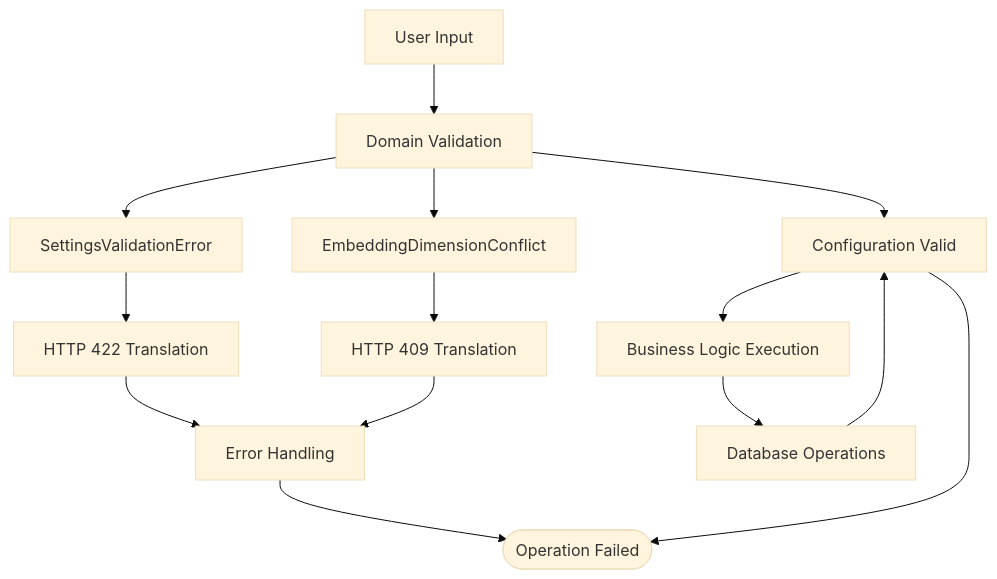
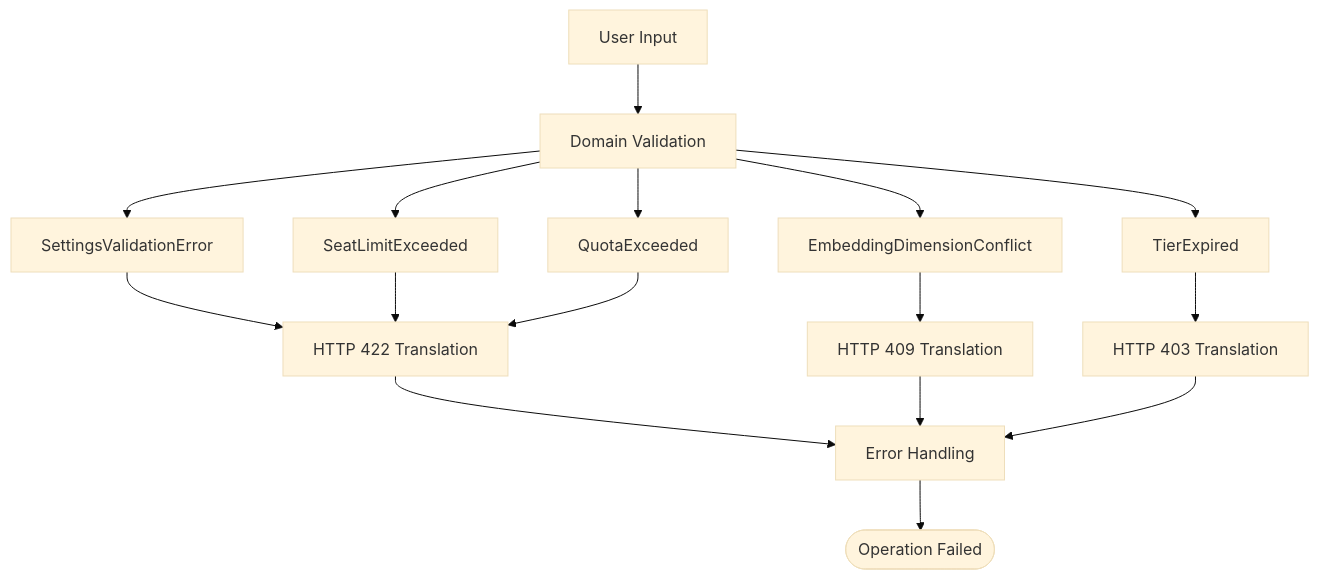
One commit to genes8/private-ai changed the ninth of 10 diagrams in .qoder/repowiki/en/content/Backend Development/Settings Management System.md. Above: the diagram before and after it, drawn with Mermaid (base theme). The commit also changed other lines of this file and 101 other files, not shown here.

````diff
--- a/.qoder/repowiki/en/content/Backend Development/Settings Management System.md
+++ b/.qoder/repowiki/en/content/Backend Development/Settings Management System.md
@@ -394,16 +493,18 @@
 ```mermaid
 flowchart TD
 Input[User Input] --> DomainValidation[Domain Validation]
 DomainValidation --> ValidationError[SettingsValidationError]
 DomainValidation --> DimensionConflict[EmbeddingDimensionConflict]
-DomainValidation --> Success[Configuration Valid]
+DomainValidation --> SeatExceeded[SeatLimitExceeded]
+DomainValidation --> QuotaExceeded[QuotaExceeded]
+DomainValidation --> TierExpired[TierExpired]
 ValidationError --> HTTP422[HTTP 422 Translation]
 DimensionConflict --> HTTP409[HTTP 409 Translation]
-Success --> BusinessLogic[Business Logic Execution]
+SeatExceeded --> HTTP422[HTTP 422 Translation]
+QuotaExceeded --> HTTP422[HTTP 422 Translation]
+TierExpired --> HTTP403[HTTP 403 Translation]
 HTTP422 --> ErrorHandling[Error Handling]
 HTTP409 --> ErrorHandling
-BusinessLogic --> DatabaseOps[Database Operations]
-DatabaseOps --> Success
+HTTP403 --> ErrorHandling
 ErrorHandling --> End([Operation Failed])
-Success --> End
 ```
````
